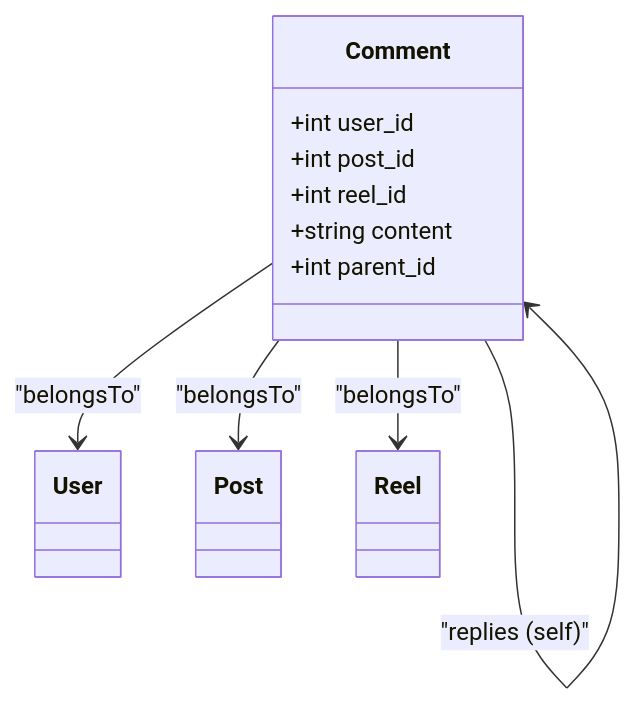
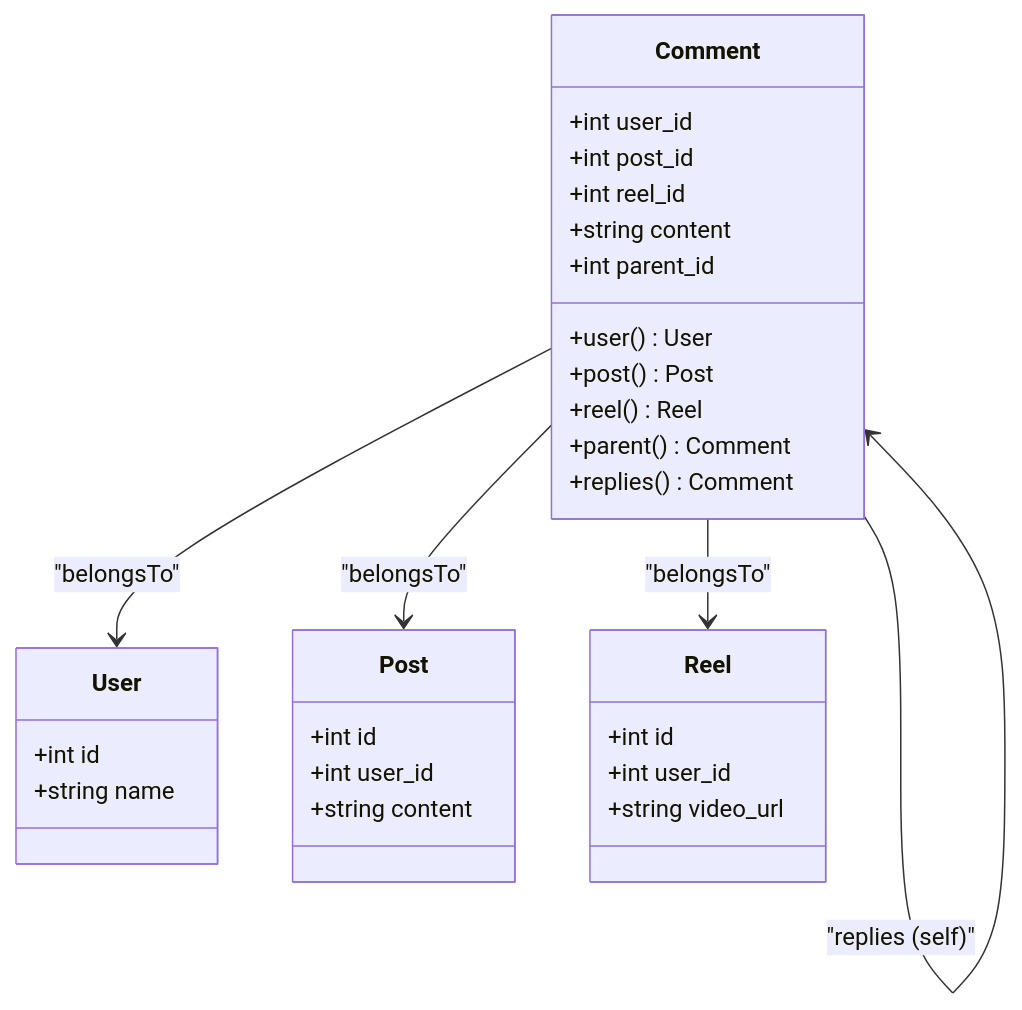
One commit to VenokM05/Travel_Project changed the ninth of 16 diagrams in .qoder/repowiki/en/content/Social Features.md. Above: the diagram before and after it, drawn with Mermaid. The commit also changed other lines of this file and 12 other files, not shown here.

````diff
--- a/.qoder/repowiki/en/content/Social Features.md
+++ b/.qoder/repowiki/en/content/Social Features.md
@@ -325,18 +484,34 @@
 ```mermaid
 classDiagram
 class Comment {
 +int user_id
 +int post_id
 +int reel_id
 +string content
 +int parent_id
++user() User
++post() Post
++reel() Reel
++parent() Comment
++replies() Comment
 }
-class User
-class Post
-class Reel
+class User {
++int id
++string name
+}
+class Post {
++int id
++int user_id
++string content
+}
+class Reel {
++int id
++int user_id
++string video_url
+}
 Comment --> User : "belongsTo"
 Comment --> Post : "belongsTo"
 Comment --> Reel : "belongsTo"
 Comment --> Comment : "parent (self)"
 Comment --> Comment : "replies (self)"
 ```
````
